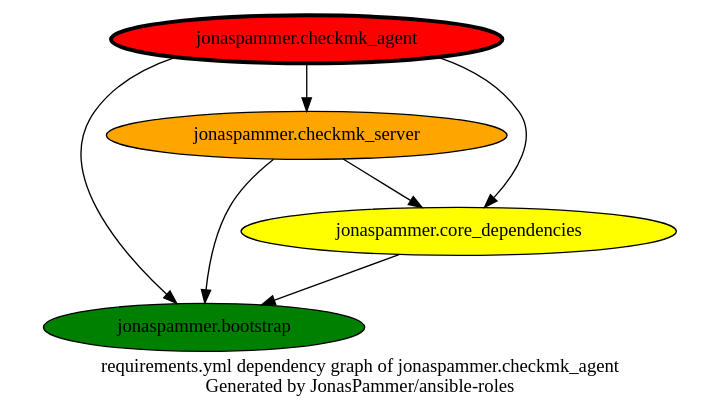
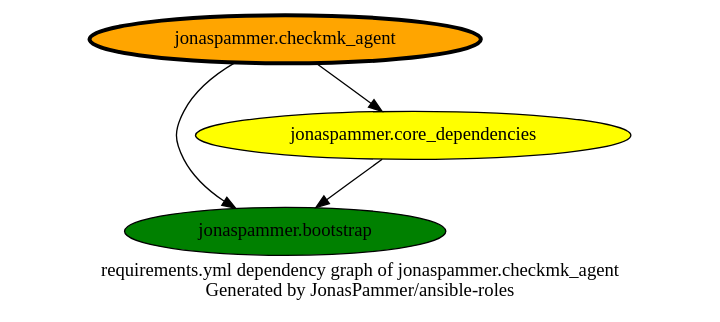
One commit to JonasPammer/ansible-roles changed the diagram in graphs/dependencies_checkmk_agent.dot. Above: the diagram before and after it, drawn with Graphviz. The commit also changed 5 other files, not shown here.

```diff
--- a/graphs/dependencies_checkmk_agent.dot
+++ b/graphs/dependencies_checkmk_agent.dot
@@ -1,16 +1,14 @@
 digraph hierarchy {
   label = "requirements.yml dependency graph of jonaspammer.checkmk_agent \n Generated by JonasPammer/ansible-roles" ;
   overlap=false
 
   {
-    "jonaspammer.checkmk_agent" [fillcolor=red style=filled penwidth=3]
+    "jonaspammer.checkmk_agent" [fillcolor=orange style=filled penwidth=3]
     "jonaspammer.bootstrap" [fillcolor=green style=filled ]
-    "jonaspammer.checkmk_server" [fillcolor=orange style=filled ]
     "jonaspammer.core_dependencies" [fillcolor=yellow style=filled ]
   }
 
 
-  "jonaspammer.checkmk_agent" -> {"jonaspammer.bootstrap" "jonaspammer.checkmk_server" "jonaspammer.core_dependencies"}
-  "jonaspammer.checkmk_server" -> {"jonaspammer.bootstrap" "jonaspammer.core_dependencies"}
+  "jonaspammer.checkmk_agent" -> {"jonaspammer.bootstrap" "jonaspammer.core_dependencies"}
   "jonaspammer.core_dependencies" -> {"jonaspammer.bootstrap"}
 }
```
